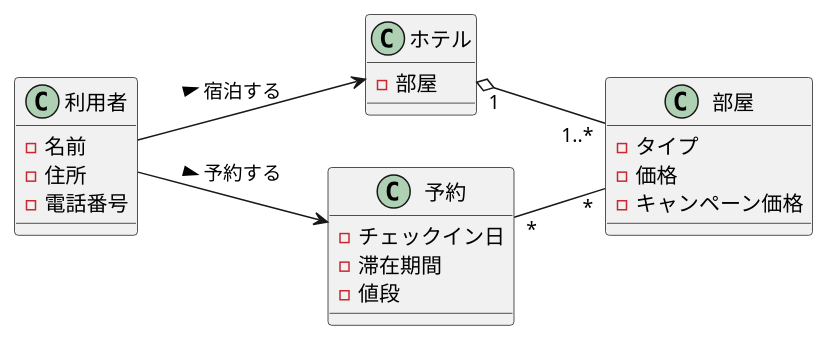
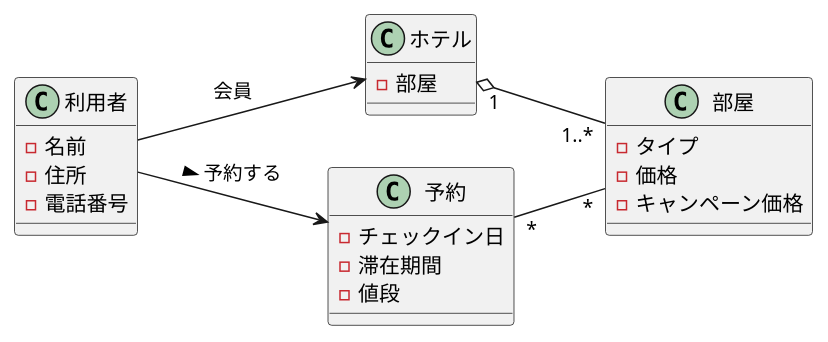
Before and after one commit to itouayumu/uml-introduction-: the diagram in 演習3-3_CL_ホテルと利用者と部屋と予約.pu, drawn with PlantUML. The commit also changed 1 other file, not shown here.

```diff
--- a/演習3-3_CL_ホテルと利用者と部屋と予約.pu
+++ b/演習3-3_CL_ホテルと利用者と部屋と予約.pu
@@ -1,25 +1,25 @@
 @startuml
 left to right direction
 class 利用者{
 - 名前
 - 住所
 - 電話番号
 }
 class ホテル{
 - 部屋
 }
 class 部屋{
 - タイプ
 - 価格
 - キャンペーン価格
 }
 class 予約{
 - チェックイン日
 - 滞在期間
 - 値段
 }
-利用者-->ホテル:宿泊する >
+利用者-->ホテル:会員 
 ホテル"1" o-down-"1..*"部屋
 利用者-->予約:予約する >
 予約 "*"-down-"*"部屋
 @enduml
```
